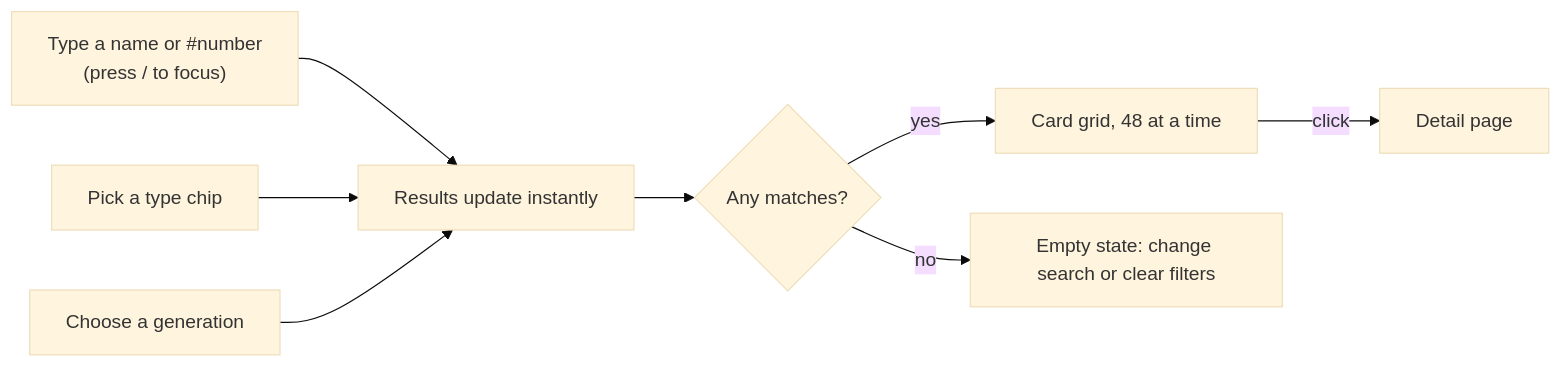
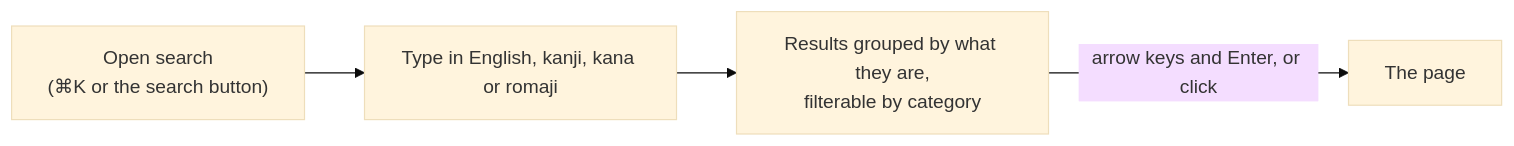
One commit to bachbnt/bokedex changed the second of 5 diagrams in docs/DESIGN.md. Above: the diagram before and after it, drawn with Mermaid (base theme). The commit also changed other lines of this file and 70 other files, not shown here.

First line of the commit message:
Add search, compare and calculator tools, SEO files, tests and fix page-level labels

````diff
--- a/docs/DESIGN.md
+++ b/docs/DESIGN.md
@@ -90,10 +100,6 @@
 ```mermaid
 flowchart LR
-  A["Type a name or #number<br/>(press / to focus)"] --> B["Results update instantly"]
-  C["Pick a type chip"] --> B
-  D["Choose a generation"] --> B
-  B --> E{Any matches?}
-  E -->|yes| F["Card grid, 48 at a time"]
-  E -->|no| G["Empty state: change search or clear filters"]
-  F -->|click| H["Detail page"]
+  A["Open search<br/>(⌘K or the search button)"] --> B["Type in English, kanji, kana or romaji"]
+  B --> C["Results grouped by what they are,<br/>filterable by category"]
+  C -->|arrow keys and Enter, or click| D["The page"]
 ```
````
